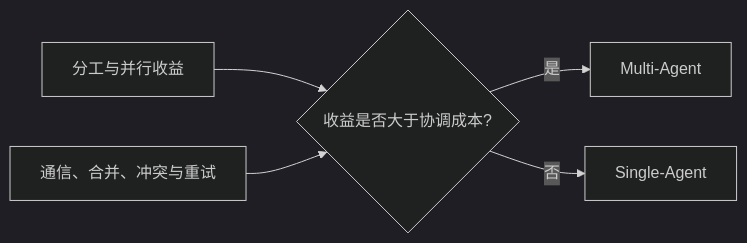
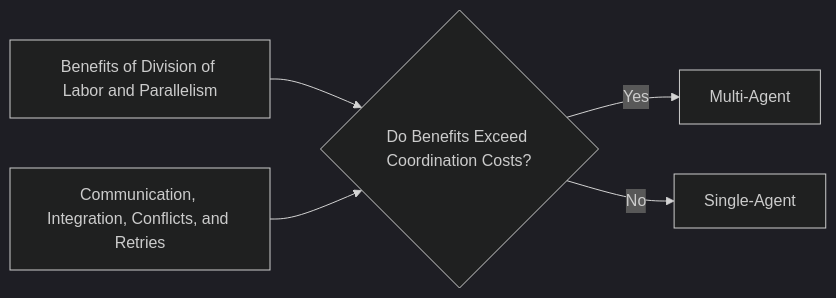
One commit to oneleaveknowsthefall/awesome-ai-roadmap changed the fifth of 19 diagrams in docs/agent/04-multi-agent/09-single-vs-multi-agent.md. Above: the diagram before and after it, drawn with Mermaid (dark theme). The commit also changed other lines of this file and 68 other files, not shown here.

````diff
--- a/docs/agent/04-multi-agent/09-single-vs-multi-agent.md
+++ b/docs/agent/04-multi-agent/09-single-vs-multi-agent.md
@@ -224,7 +224,7 @@
 ```mermaid
 flowchart LR
-    BENEFIT[分工与并行收益] --> DECISION{收益是否大于协调成本?}
-    COST[通信、合并、冲突与重试] --> DECISION
-    DECISION -->|是| MULTI[Multi-Agent]
-    DECISION -->|否| SINGLE[Single-Agent]
+    BENEFIT[Benefits of Division of Labor and Parallelism] --> DECISION{Do Benefits Exceed Coordination Costs?}
+    COST[Communication, Integration, Conflicts, and Retries] --> DECISION
+    DECISION -->|Yes| MULTI[Multi-Agent]
+    DECISION -->|No| SINGLE[Single-Agent]
 ```
````
